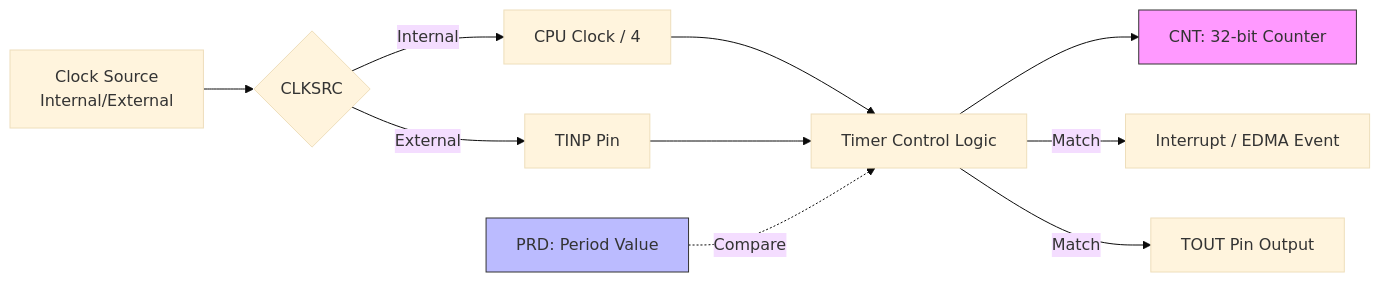
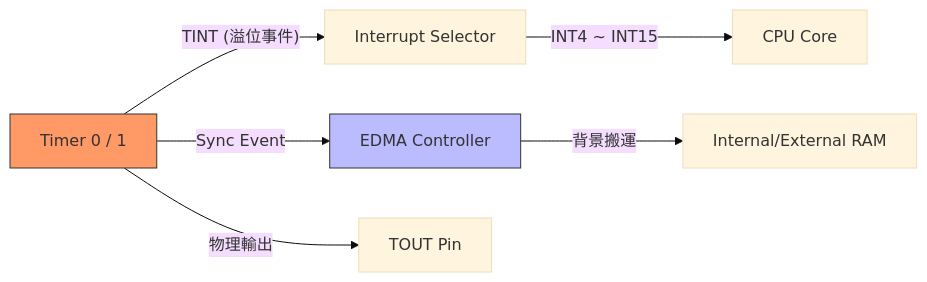
The diagram in DCS/TMS320C6000/Timer計時器.md (Wilfred430/Obsidian), drawn with Mermaid (base theme) before and after one commit. The commit also changed other lines of this file and 6 other files, not shown here.

````diff
--- a/DCS/TMS320C6000/Timer計時器.md
+++ b/DCS/TMS320C6000/Timer計時器.md
@@ -19,18 +52,13 @@
 ```mermaid
 graph LR
-    CLK_IN[Clock Source<br/>Internal/External] --> MUX{CLKSRC}
-    MUX -->|Internal| DIV4[CPU Clock / 4]
-    MUX -->|External| TINP[TINP Pin]
+    Timer[Timer 0 / 1] -- "TINT (溢位事件)" --> Selector[Interrupt Selector]
+    Selector -- "INT4 ~ INT15" --> CPU[CPU Core]
     
-    DIV4 --> Logic[Timer Control Logic]
-    TINP --> Logic
+    Timer -- "Sync Event" --> EDMA[EDMA Controller]
+    EDMA -- "背景搬運" --> RAM[Internal/External RAM]
     
-    Logic --> CNT[CNT: 32-bit Counter]
-    PRD[PRD: Period Value] -.->|Compare| Logic
-    
-    Logic -->|Match| INT[Interrupt / EDMA Event]
-    Logic -->|Match| TOUT[TOUT Pin Output]
+    Timer -- "物理輸出" --> TOUT[TOUT Pin]
 
-    style CNT fill:#f9f,stroke:#333
-    style PRD fill:#bbf,stroke:#333
+    style Timer fill:#f96,stroke:#333
+    style EDMA fill:#bbf,stroke:#333
 ```
````
